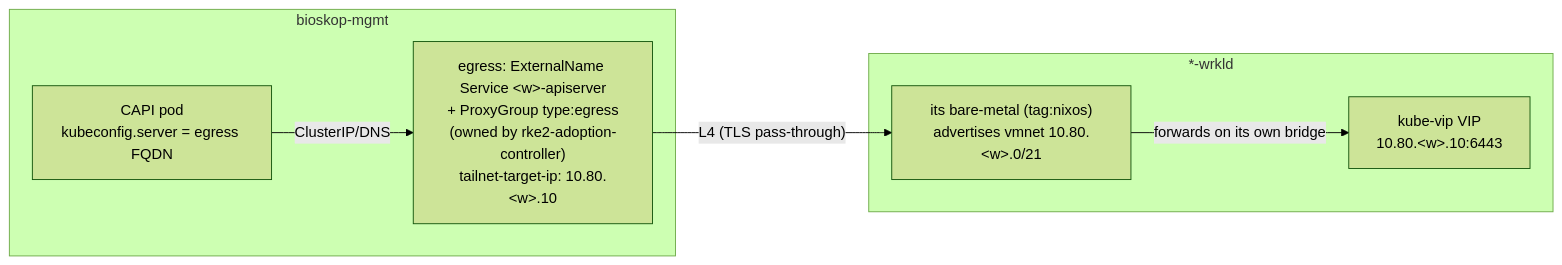
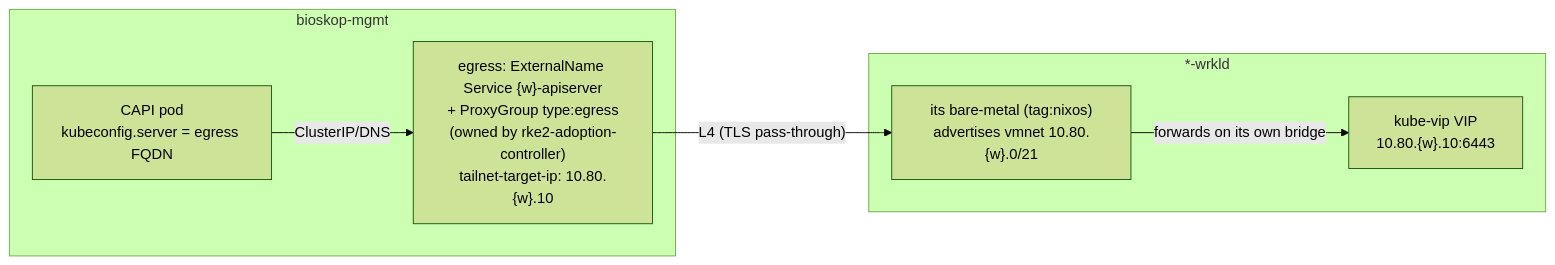
One commit to seedmatic/rke2lab changed the sixth of 9 diagrams in docs/architecture/cluster-api/management-workload-topology.adoc. Above: the diagram before and after it, drawn with Mermaid (forest theme). The commit also changed other lines of this file and 6 other files, not shown here.

```diff
--- a/docs/architecture/cluster-api/management-workload-topology.adoc
+++ b/docs/architecture/cluster-api/management-workload-topology.adoc
@@ -527,15 +520,15 @@
 [mermaid,topology-workload-egress,svg]
 ----
 flowchart LR
   subgraph MGMT["bioskop-mgmt"]
     CAPI["CAPI pod<br/>kubeconfig.server = egress FQDN"]
-    EG["egress: ExternalName Service &lt;w&gt;-apiserver<br/>+ ProxyGroup type:egress<br/>(owned by rke2-adoption-controller)<br/>tailnet-target-ip: 10.80.&lt;w&gt;.10"]
+    EG["egress: ExternalName Service {w}-apiserver<br/>+ ProxyGroup type:egress<br/>(owned by rke2-adoption-controller)<br/>tailnet-target-ip: 10.80.{w}.10"]
   end
   subgraph W["*-wrkld"]
-    SR["its bare-metal (tag:nixos)<br/>advertises vmnet 10.80.&lt;w&gt;.0/21"]
-    VIP["kube-vip VIP<br/>10.80.&lt;w&gt;.10:6443"]
+    SR["its bare-metal (tag:nixos)<br/>advertises vmnet 10.80.{w}.0/21"]
+    VIP["kube-vip VIP<br/>10.80.{w}.10:6443"]
   end
   CAPI -->|ClusterIP/DNS| EG
   EG -->|"L4 (TLS pass-through)"| SR
   SR -->|forwards on its own bridge| VIP
 ----
```
